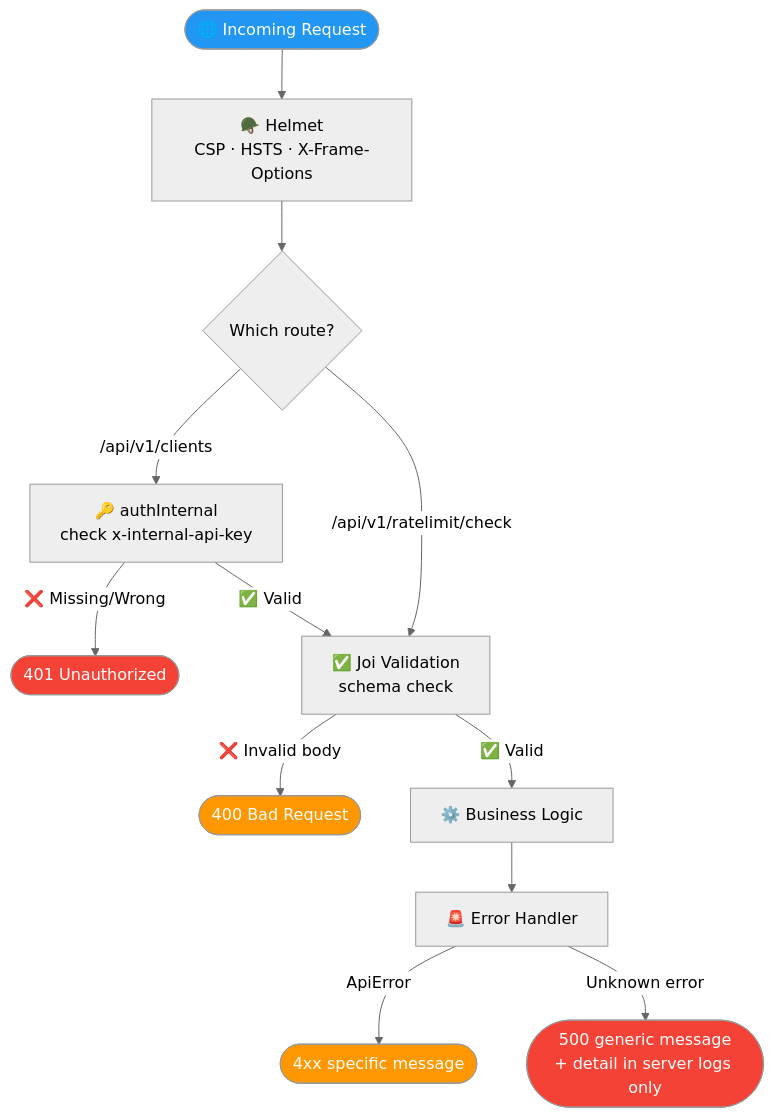
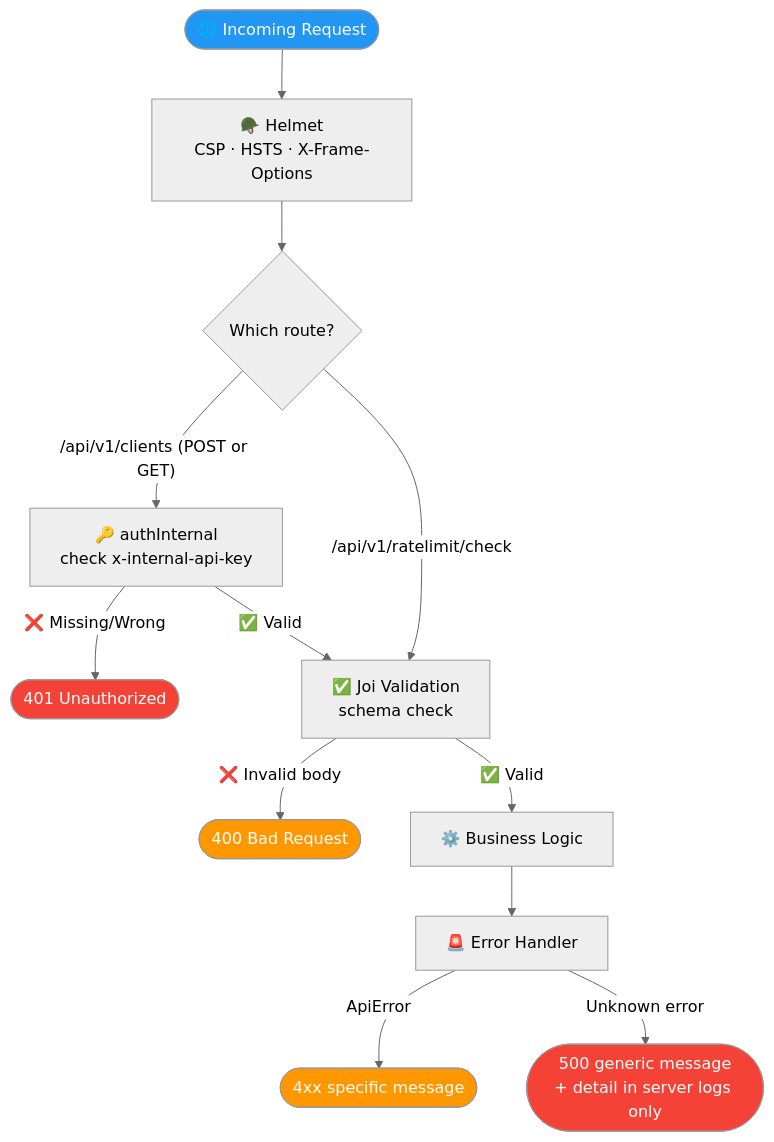
The seventh of 8 diagrams in README.md (ramalokeshreddyp/RateGuard), drawn with Mermaid (neutral theme) before and after one commit. The commit also changed other lines of this file and 2 other files, not shown here.

Commit message:
docs: comprehensive rewrite of README, ARCHITECTURE, and projectdocumentation (v2.0) - 43 tests, GET /clients/:id, X-RateLimit-* headers, BCRYPT_ROUNDS, ioredis-mock, .dockerignore

````diff
--- a/README.md
+++ b/README.md
@@ -665,23 +726,23 @@
 ```mermaid
 flowchart TD
     REQ(["🌐 Incoming Request"]) --> H1["🪖 Helmet\nCSP · HSTS · X-Frame-Options"]
     H1 --> R1{Which route?}
 
-    R1 -->|"/api/v1/clients"| A1["🔑 authInternal\ncheck x-internal-api-key"]
+    R1 -->|"/api/v1/clients (POST or GET)"| A1["🔑 authInternal\ncheck x-internal-api-key"]
     A1 -->|"❌ Missing/Wrong"| E1(["401 Unauthorized"])
     A1 -->|"✅ Valid"| V1
 
     R1 -->|"/api/v1/ratelimit/check"| V1["✅ Joi Validation\nschema check"]
     V1 -->|"❌ Invalid body"| E2(["400 Bad Request"])
     V1 -->|"✅ Valid"| BL["⚙️ Business Logic"]
 
     BL --> EH["🚨 Error Handler"]
     EH -->|"ApiError"| E3(["4xx specific message"])
     EH -->|"Unknown error"| E4(["500 generic message\n+ detail in server logs only"])
 
     style REQ fill:#2196F3,color:#fff
     style E1 fill:#f44336,color:#fff
     style E2 fill:#FF9800,color:#fff
     style E3 fill:#FF9800,color:#fff
     style E4 fill:#f44336,color:#fff
 ```
````
